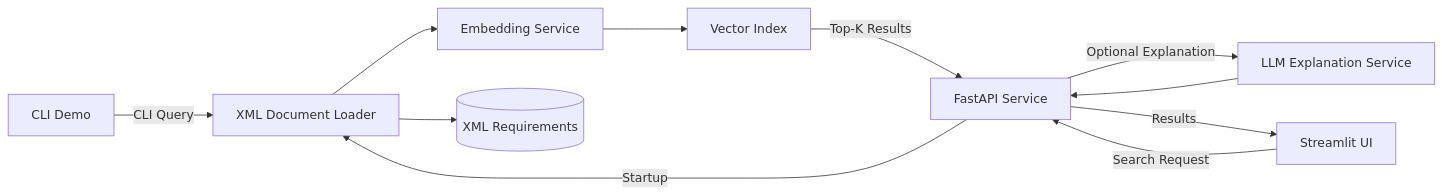
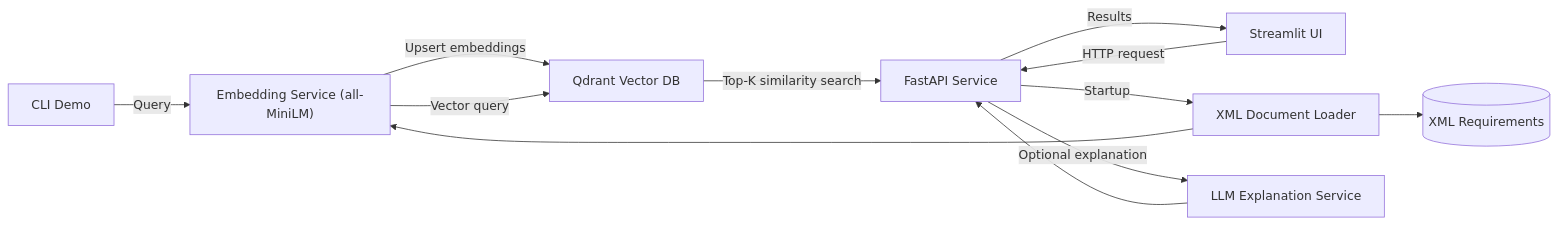
The diagram in docs/architecture.md (patricknanz2002-wq/ai-requirements-engine), drawn with Mermaid before and after one commit. The commit also changed other lines of this file and 8 other files, not shown here.

Commit message:
feat: integrate Qdrant vector database with incremental indexing and update architecture documentation

````diff
--- a/docs/architecture.md
+++ b/docs/architecture.md
@@ -21,27 +23,31 @@
 ```mermaid
 flowchart LR
 
 CLI["CLI Demo"]
 UI["Streamlit UI"]
 API["FastAPI Service"]
+
 Loader["XML Document Loader"]
-Embedder["Embedding Service"]
-VectorStore["Vector Index"]
+Embedder["Embedding Service (all-MiniLM)"]
+VectorDB["Qdrant Vector DB"]
+
 LLM["LLM Explanation Service"]
+
 Data[(XML Requirements)]
 
 API -->|Startup| Loader
 Loader --> Data
 Loader --> Embedder
 
-Embedder --> VectorStore
-VectorStore -->|Top-K Results| API
+Embedder -->|Upsert embeddings| VectorDB
+VectorDB -->|Top-K similarity search| API
 
-API -->|Optional Explanation| LLM
+API -->|Optional explanation| LLM
 LLM --> API
 
-CLI -->|CLI Query| Loader
-UI -->|Search Request| API
+CLI -->|Query| Embedder
+Embedder -->|Vector query| VectorDB
 
+UI -->|HTTP request| API
 API -->|Results| UI
 ```
````
